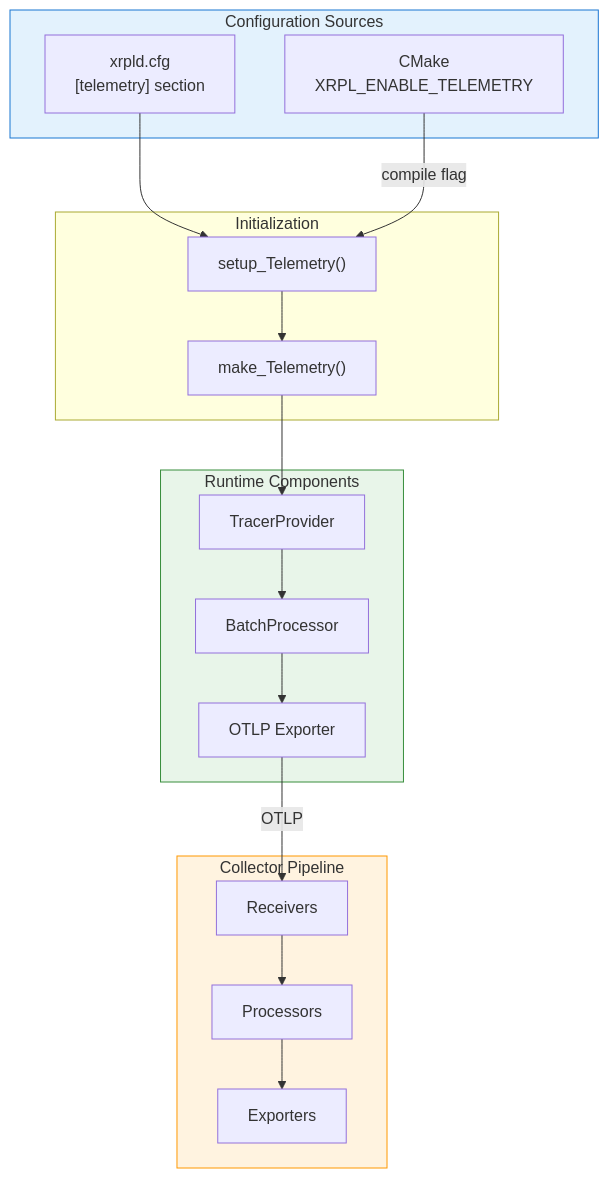
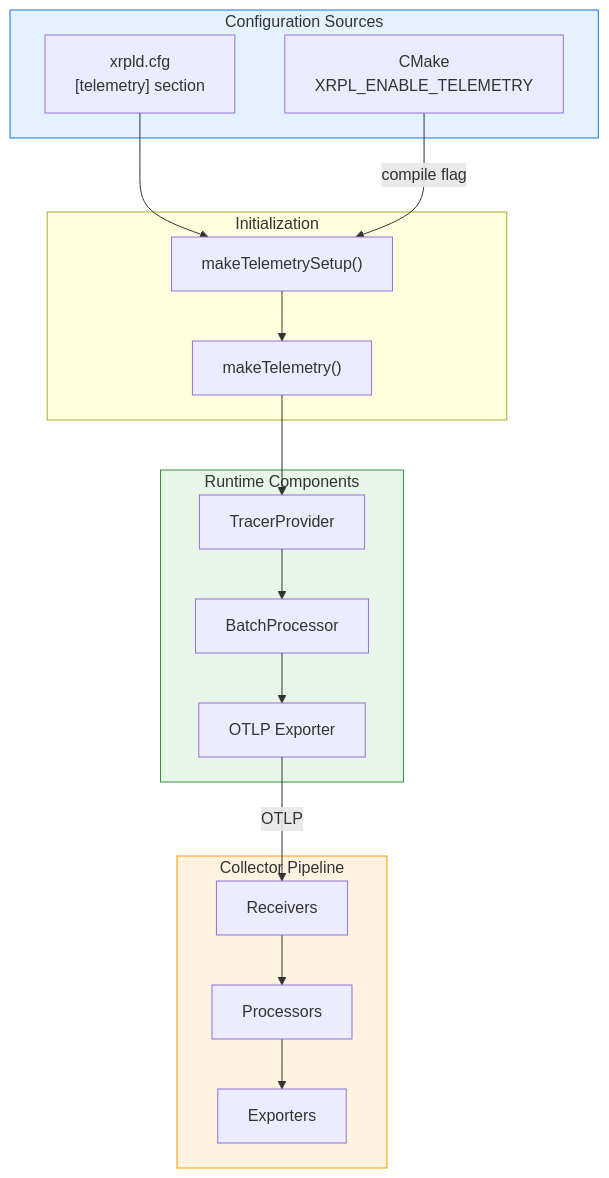
The diagram in OpenTelemetryPlan/05-configuration-reference.md (XRPLF/rippled), drawn with Mermaid before and after one commit. The commit also changed other lines of this file and 1 other file, not shown here.

First line of the commit message:
docs(telemetry): document every [telemetry] key and correct stale parser names

````diff
--- a/OpenTelemetryPlan/05-configuration-reference.md
+++ b/OpenTelemetryPlan/05-configuration-reference.md
@@ -124,38 +124,38 @@
 ```mermaid
 flowchart TB
     subgraph config["Configuration Sources"]
         cfgFile["xrpld.cfg<br/>[telemetry] section"]
         cmake["CMake<br/>XRPL_ENABLE_TELEMETRY"]
     end
 
     subgraph init["Initialization"]
-        parse["setup_Telemetry()"]
-        factory["make_Telemetry()"]
+        parse["makeTelemetrySetup()"]
+        factory["makeTelemetry()"]
     end
 
     subgraph runtime["Runtime Components"]
         tracer["TracerProvider"]
         exporter["OTLP Exporter"]
         processor["BatchProcessor"]
     end
 
     subgraph collector["Collector Pipeline"]
         recv["Receivers"]
         proc["Processors"]
         exp["Exporters"]
     end
 
     cfgFile --> parse
     cmake -->|"compile flag"| parse
     parse --> factory
     factory --> tracer
     tracer --> processor
     processor --> exporter
     exporter -->|"OTLP"| recv
     recv --> proc
     proc --> exp
 
     style config fill:#e3f2fd,stroke:#1976d2
     style runtime fill:#e8f5e9,stroke:#388e3c
     style collector fill:#fff3e0,stroke:#ff9800
 ```
````
